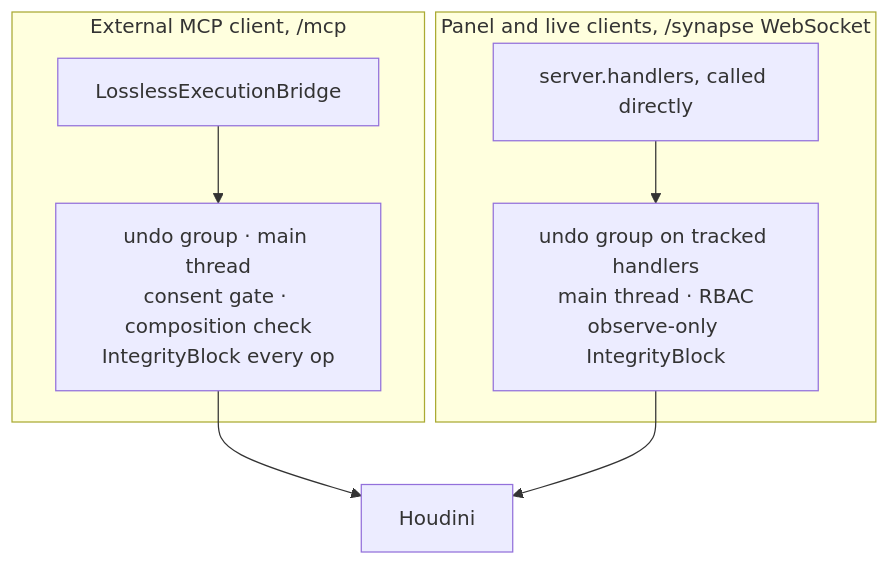
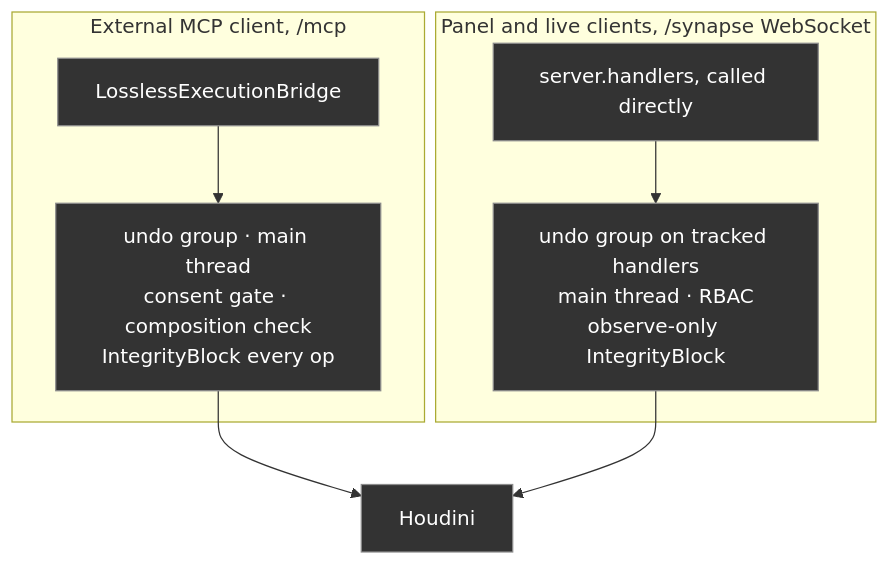
Before and after one commit to JosephOIbrahim/Synapse: the third of 3 diagrams in README.md, drawn with Mermaid. The commit also changed other lines of this file and 24 other files, not shown here.

````diff
--- a/README.md
+++ b/README.md
@@ -164,11 +172,13 @@
 ```mermaid
 flowchart TB
     subgraph mcp["External MCP client, /mcp"]
         M1["LosslessExecutionBridge"] --> M2["undo group · main thread<br/>consent gate · composition check<br/>IntegrityBlock every op"]
     end
     subgraph live["Panel and live clients, /synapse WebSocket"]
         L1["server.handlers, called directly"] --> L2["undo group on tracked handlers<br/>main thread · RBAC<br/>observe-only IntegrityBlock"]
     end
     M2 --> H["Houdini"]
     L2 --> H
+    classDef dark fill:#333333,stroke:#8C8C8C,stroke-width:1px,color:#FFFFFF
+    class M1,M2,L1,L2,H dark
 ```
````
